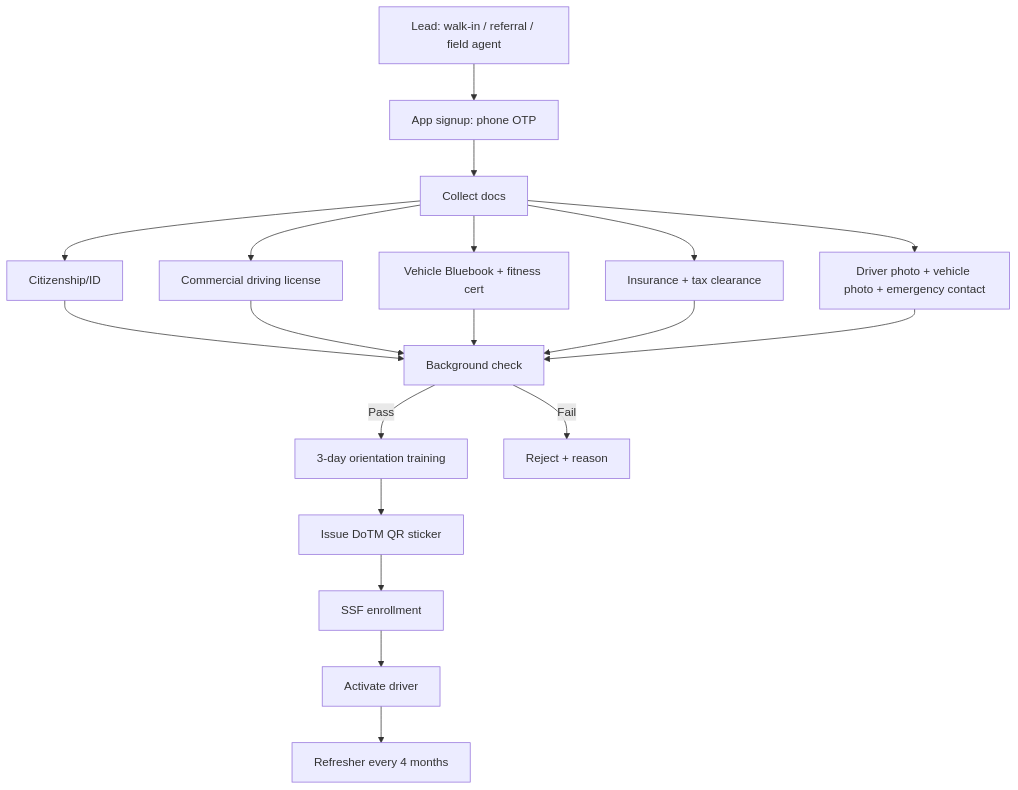
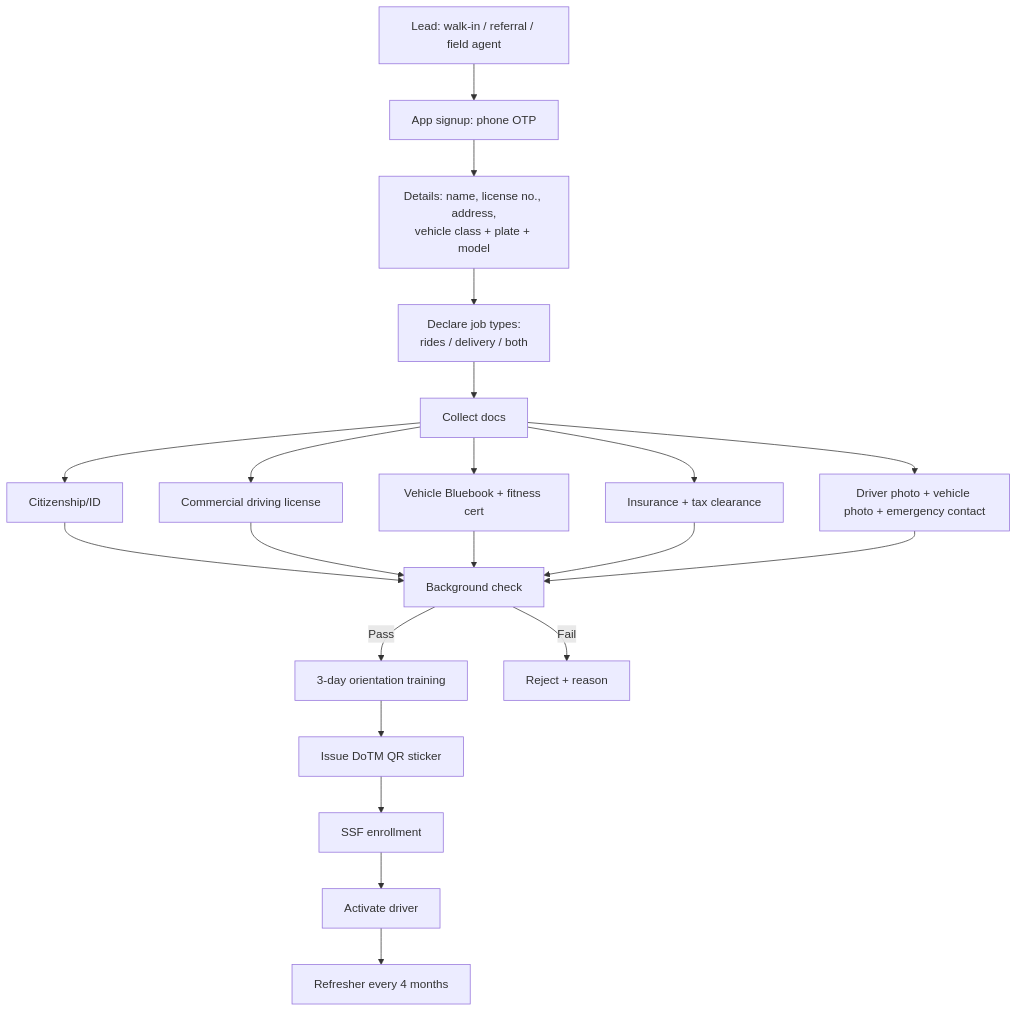
Before and after one commit to debendraoli/saarathi: the first of 3 diagrams in docs/research/04-operational-procedures.md, drawn with Mermaid. The commit also changed other lines of this file and 5 other files, not shown here.

````diff
--- a/docs/research/04-operational-procedures.md
+++ b/docs/research/04-operational-procedures.md
@@ -11,17 +11,19 @@
 ```mermaid
 flowchart TD
     A[Lead: walk-in / referral / field agent] --> B[App signup: phone OTP]
-    B --> C[Collect docs]
+    B --> B1[Details: name, license no., address,<br/>vehicle class + plate + model]
+    B1 --> B2[Declare job types:<br/>rides / delivery / both]
+    B2 --> C[Collect docs]
     C --> C1[Citizenship/ID]
     C --> C2[Commercial driving license]
     C --> C3[Vehicle Bluebook + fitness cert]
     C --> C4[Insurance + tax clearance]
     C --> C5[Driver photo + vehicle photo + emergency contact]
     C1 & C2 & C3 & C4 & C5 --> D[Background check]
     D -->|Pass| E[3-day orientation training]
     D -->|Fail| X[Reject + reason]
     E --> F[Issue DoTM QR sticker]
     F --> G[SSF enrollment]
     G --> H[Activate driver]
     H --> I[Refresher every 4 months]
 ```
````
